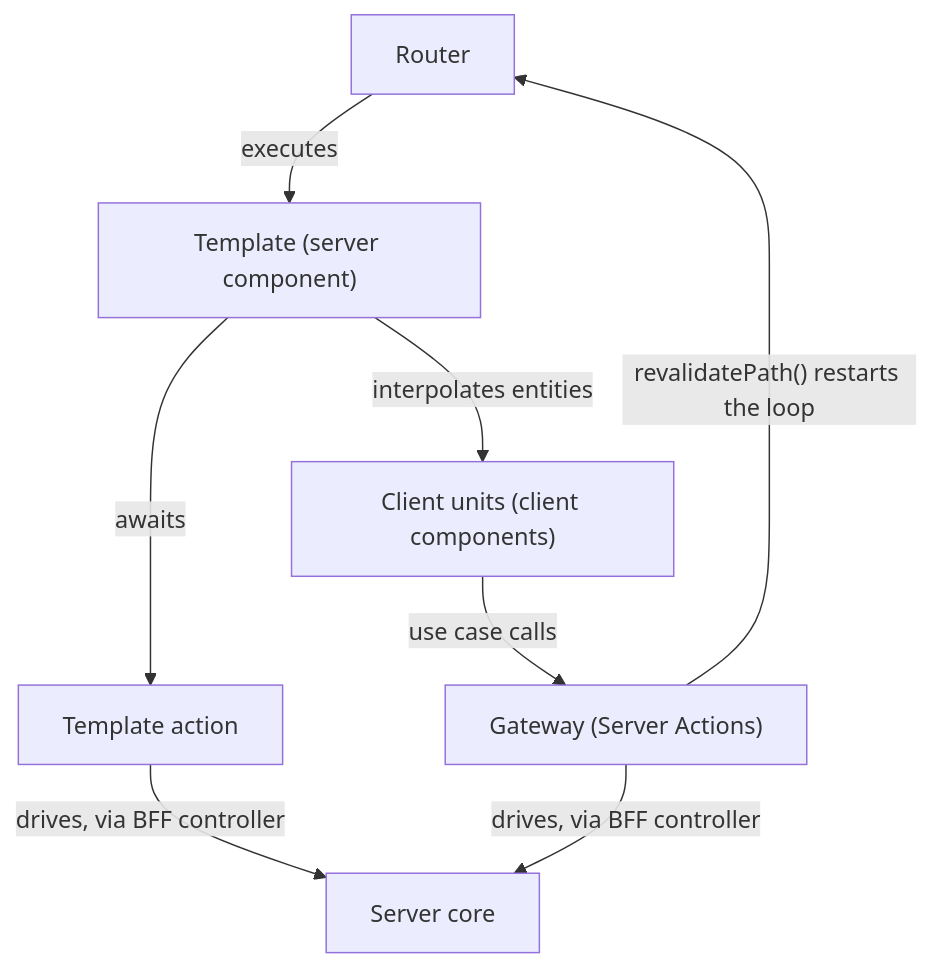
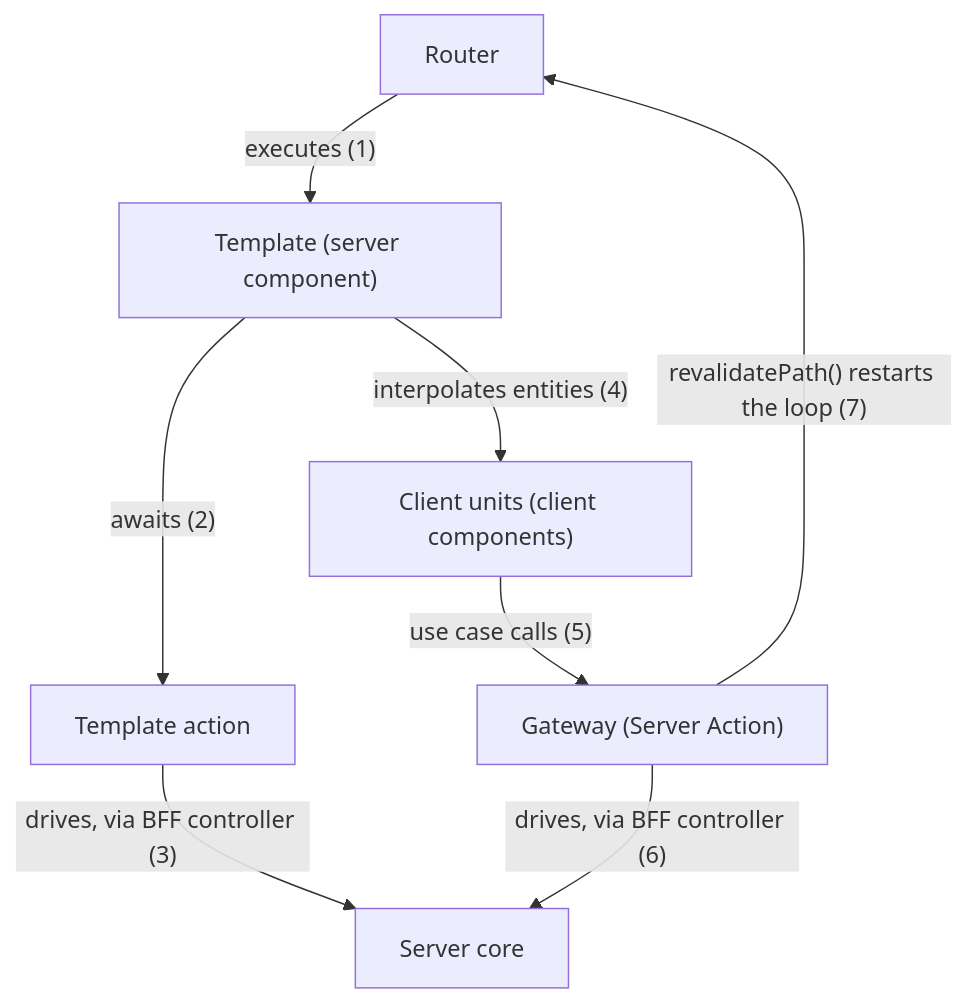
Before and after one commit to clean-reactive/sample-nextjs-react: the second of 2 diagrams in README.md, drawn with Mermaid. The commit also changed other lines of this file and 2 other files, not shown here.

Commit message:
README: add entities loop diagram

````diff
--- a/README.md
+++ b/README.md
@@ -262,18 +267,18 @@
 ```mermaid
 graph TD
 
 R["Router"]
 T["Template (server component)"]
 A["Template action"]
 CORE["Server core"]
 CU["Client units (client components)"]
-GW["Gateway (Server Actions)"]
+GW["Gateway (Server Action)"]
 
-R -- "executes" --> T
-T -- "awaits" --> A
-A -- "drives, via BFF controller" --> CORE
-T -- "interpolates entities" --> CU
-CU -- "use case calls" --> GW
-GW -- "drives, via BFF controller" --> CORE
-GW -- "revalidatePath() restarts the loop" --> R
+R -- "executes (1)" --> T
+T -- "awaits (2)" --> A
+A -- "drives, via BFF controller (3)" --> CORE
+T -- "interpolates entities (4)" --> CU
+CU -- "use case calls (5)" --> GW
+GW -- "drives, via BFF controller (6)" --> CORE
+GW -- "revalidatePath() restarts the loop (7)" --> R
 ```
````
